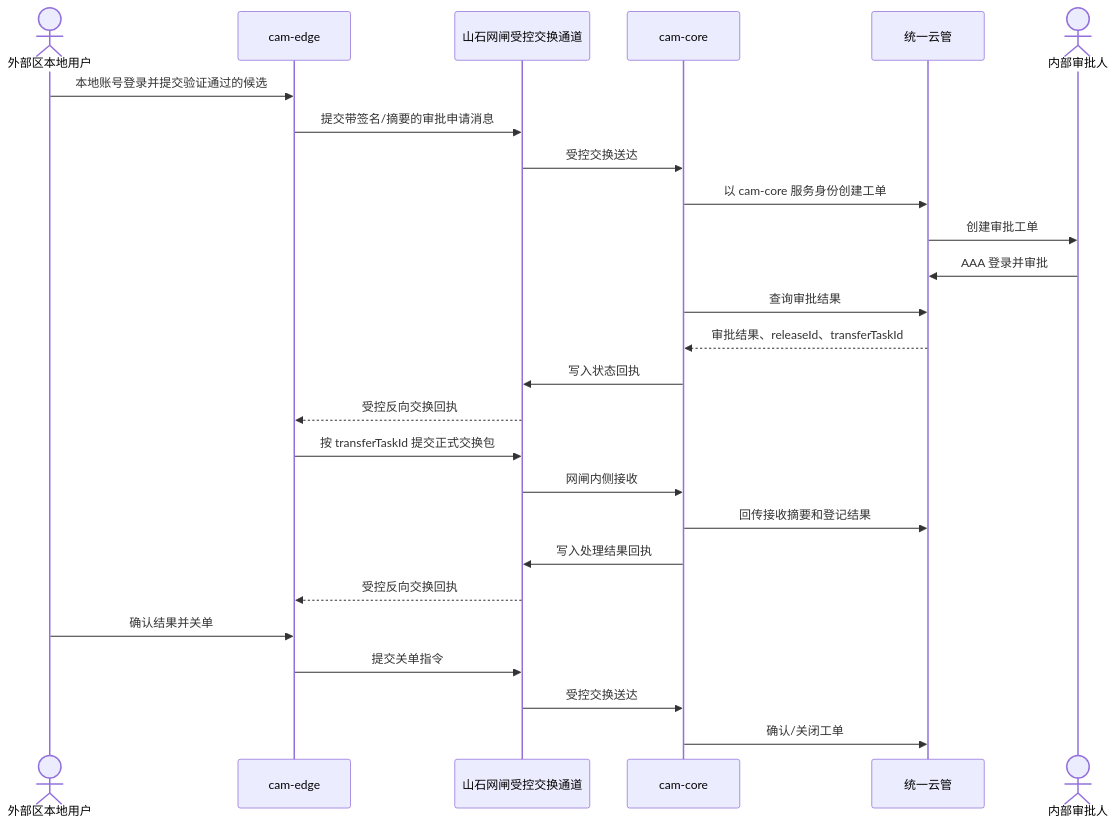
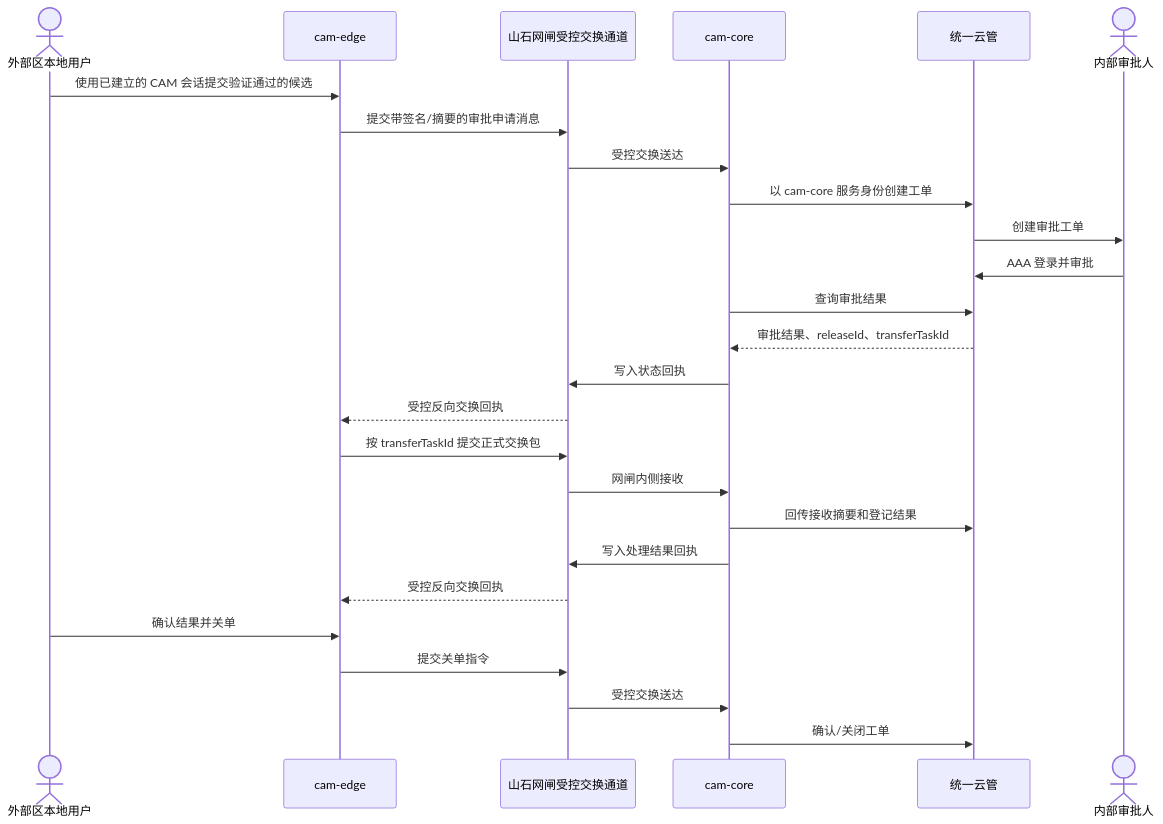
The fourth of 4 diagrams in docs/technical-solution.md (dongsweet/cloud-artifact-management), drawn with Mermaid before and after one commit. The commit also changed other lines of this file and 1 other file, not shown here.

Commit message:
Document unified Core and Edge account model

````diff
--- a/docs/technical-solution.md
+++ b/docs/technical-solution.md
@@ -667,29 +703,29 @@
 ```mermaid
 sequenceDiagram
     actor E as 外部区本地用户
     participant Edge as cam-edge
     participant Gate as 山石网闸受控交换通道
     participant Core as cam-core
     participant Cloud as 统一云管
     actor A as 内部审批人
 
-    E->>Edge: 本地账号登录并提交验证通过的候选
+    E->>Edge: 使用已建立的 CAM 会话提交验证通过的候选
     Edge->>Gate: 提交带签名/摘要的审批申请消息
     Gate->>Core: 受控交换送达
     Core->>Cloud: 以 cam-core 服务身份创建工单
     Cloud->>A: 创建审批工单
     A->>Cloud: AAA 登录并审批
     Core->>Cloud: 查询审批结果
     Cloud-->>Core: 审批结果、releaseId、transferTaskId
     Core->>Gate: 写入状态回执
     Gate-->>Edge: 受控反向交换回执
     Edge->>Gate: 按 transferTaskId 提交正式交换包
     Gate->>Core: 网闸内侧接收
     Core->>Cloud: 回传接收摘要和登记结果
     Core->>Gate: 写入处理结果回执
     Gate-->>Edge: 受控反向交换回执
     E->>Edge: 确认结果并关单
     Edge->>Gate: 提交关单指令
     Gate->>Core: 受控交换送达
     Core->>Cloud: 确认/关闭工单
 ```
````
